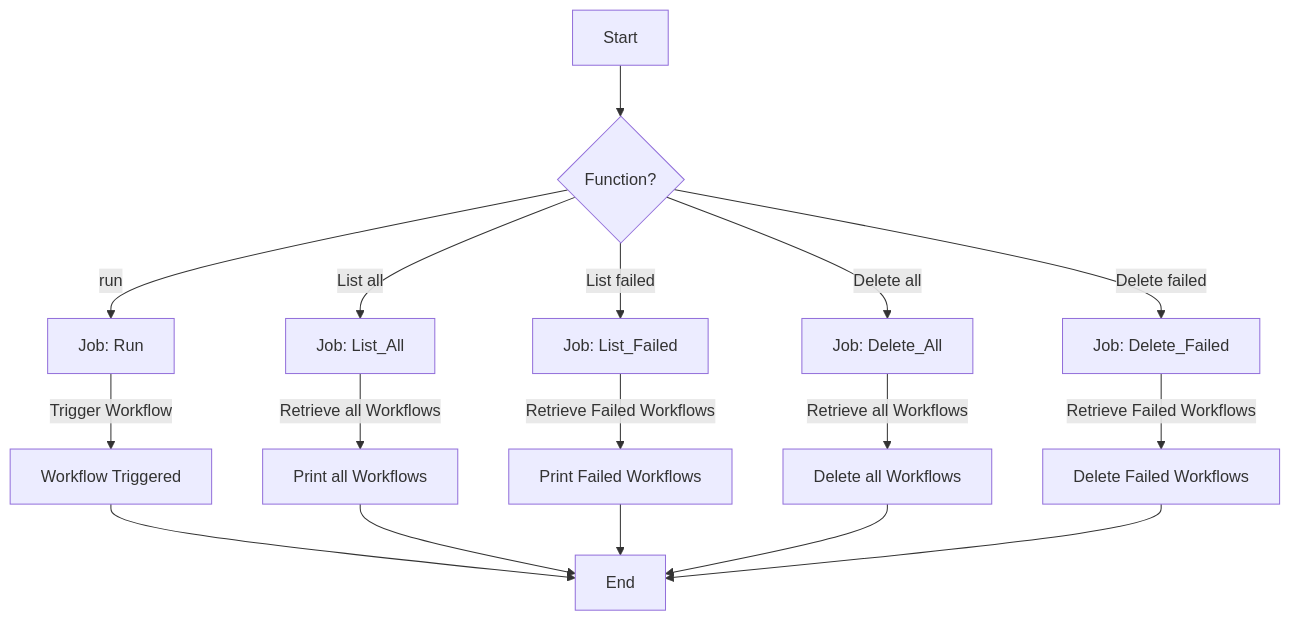
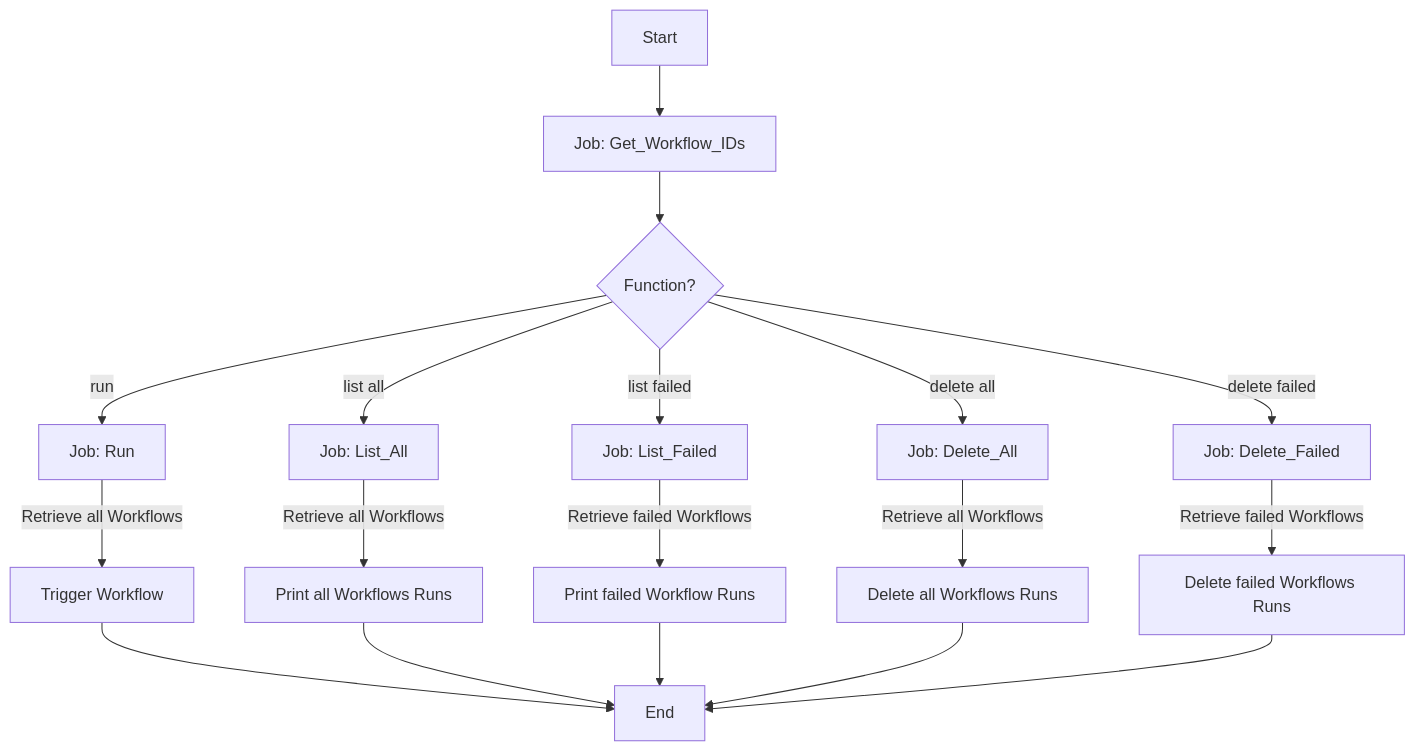
The diagram in _static/_posts/2024-03-32-GitHub-Workflow-Workflow.md (dennykorsukewitz/dennykorsukewitz.github.io), drawn with Mermaid before and after one commit. The commit also changed other lines of this file and 1 other file, not shown here.

Commit message:
Updated GitHub-Workflow-Workflow.md post.

````diff
--- a/_static/_posts/2024-03-32-GitHub-Workflow-Workflow.md
+++ b/_static/_posts/2024-03-32-GitHub-Workflow-Workflow.md
@@ -17,19 +17,20 @@
 ```mermaid
 graph TD
-    A[Start] --> B{Function?}
-    B -->|run| R[Job: Run]
-    B -->|List all| C[Job: List_All]
-    B -->|List failed| D[Job: List_Failed]
-    B -->|Delete all| E[Job: Delete_All]
-    B -->|Delete failed| F[Job: Delete_Failed]
-    R -->|Trigger Workflow| R1[Workflow Triggered]
-    C -->|Retrieve all Workflows| C1[Print all Workflows]
-    D -->|Retrieve Failed Workflows| D1[Print Failed Workflows]
-    E -->|Retrieve all Workflows| E1[Delete all Workflows]
-    F -->|Retrieve Failed Workflows| F1[Delete Failed Workflows]
-    R1 --> G[End]
-    C1 --> G
-    D1 --> G
-    E1 --> G
-    F1 --> G
+    A[Start] --> B[Job: Get_Workflow_IDs]
+    B --> C{Function?}
+    C -->|run| R[Job: Run]
+    C -->|list all| LA[Job: List_All]
+    C -->|list failed| LF[Job: List_Failed]
+    C -->|delete all| DA[Job: Delete_All]
+    C -->|delete failed| DF[Job: Delete_Failed]
+    R -->|Retrieve all Workflows| R1[Trigger Workflow]
+    LA -->|Retrieve all Workflows| LA1[Print all Workflows Runs]
+    LF -->|Retrieve failed Workflows| LF1[Print failed Workflow Runs]
+    DA -->|Retrieve all Workflows| DA1[Delete all Workflows Runs]
+    DF -->|Retrieve failed Workflows| DF1[Delete failed Workflows Runs]
+    R1 --> End[End]
+    LA1 --> End
+    LF1 --> End
+    DA1 --> End
+    DF1 --> End
 ```
````
